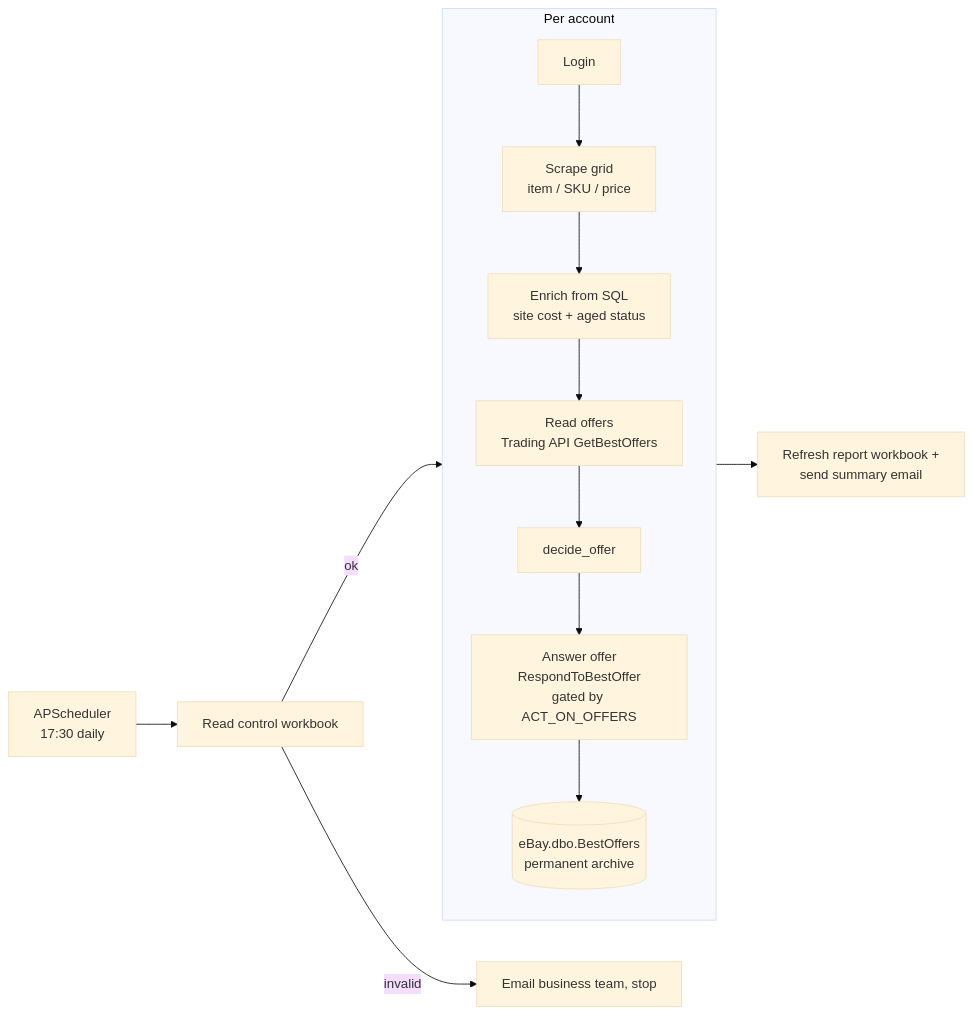
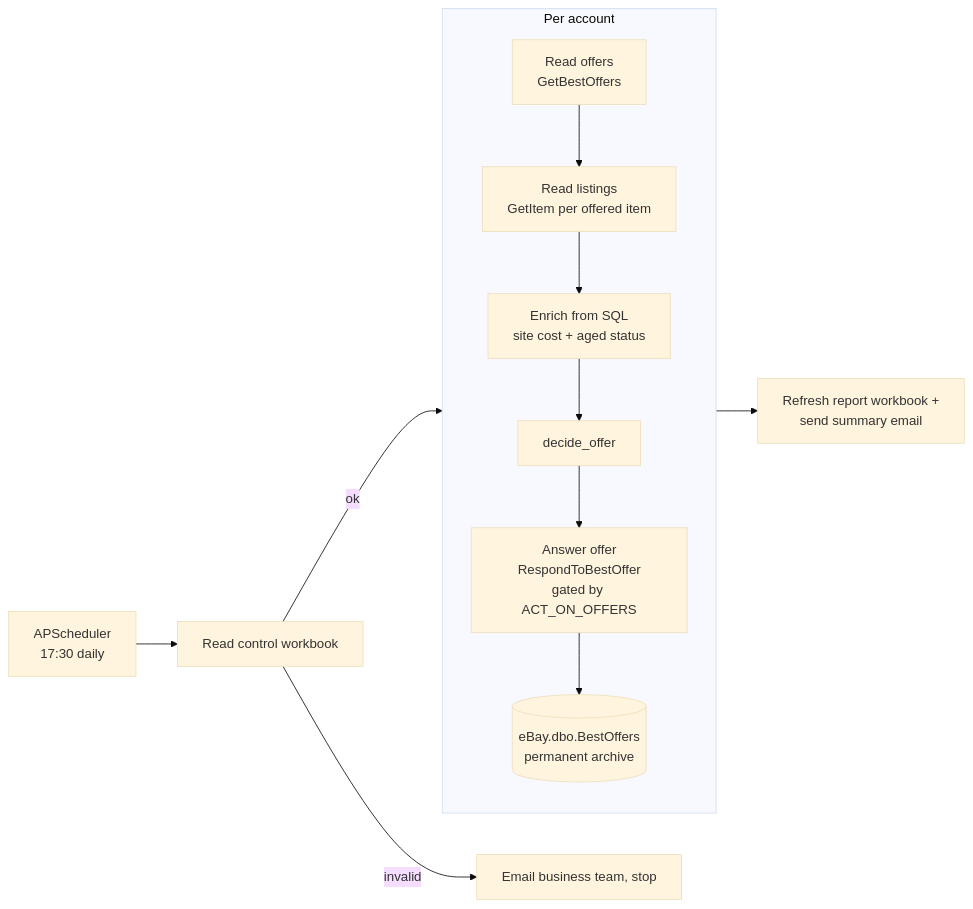
Before and after one commit to dominicci13/ebay-best-offers: the diagram in README.md, drawn with Mermaid (base theme). The commit also changed other lines of this file and 8 other files, not shown here.

````diff
--- a/README.md
+++ b/README.md
@@ -49,18 +52,17 @@
 ```mermaid
 flowchart LR
     sched[APScheduler<br/>17:30 daily] --> settings
     settings[Read control workbook] -->|invalid| stop[Email business team, stop]
     settings -->|ok| loop
 
     subgraph loop[Per account]
         direction TB
-        login[Login] --> scrape[Scrape grid<br/>item / SKU / price]
-        scrape --> enrich[Enrich from SQL<br/>site cost + aged status]
-        enrich --> read[Read offers<br/>Trading API GetBestOffers]
-        read --> decide[decide_offer]
+        read[Read offers<br/>GetBestOffers] --> items[Read listings<br/>GetItem per offered item]
+        items --> enrich[Enrich from SQL<br/>site cost + aged status]
+        enrich --> decide[decide_offer]
         decide --> respond[Answer offer<br/>RespondToBestOffer<br/>gated by ACT_ON_OFFERS]
         respond --> store[(eBay.dbo.BestOffers<br/>permanent archive)]
     end
 
     store --> report[Refresh report workbook +<br/>send summary email]
 ```
````
